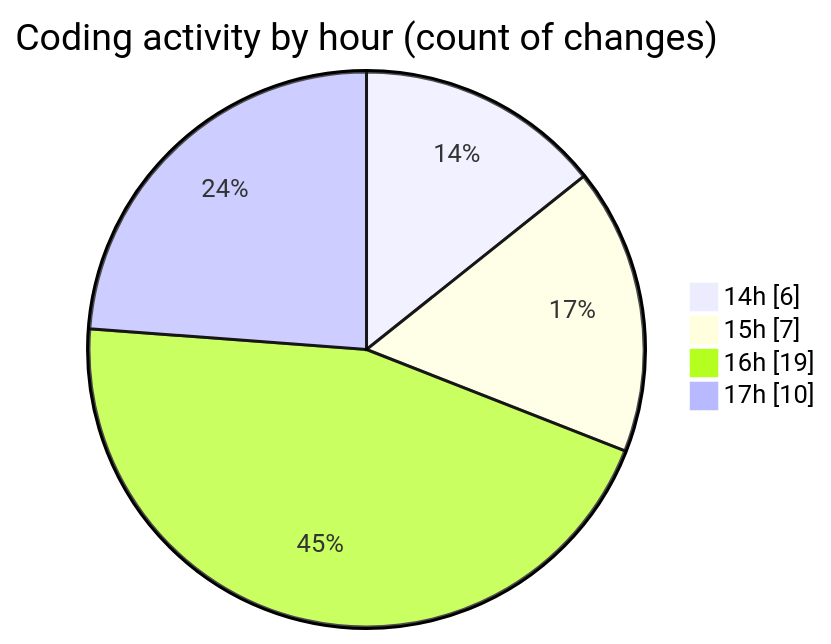
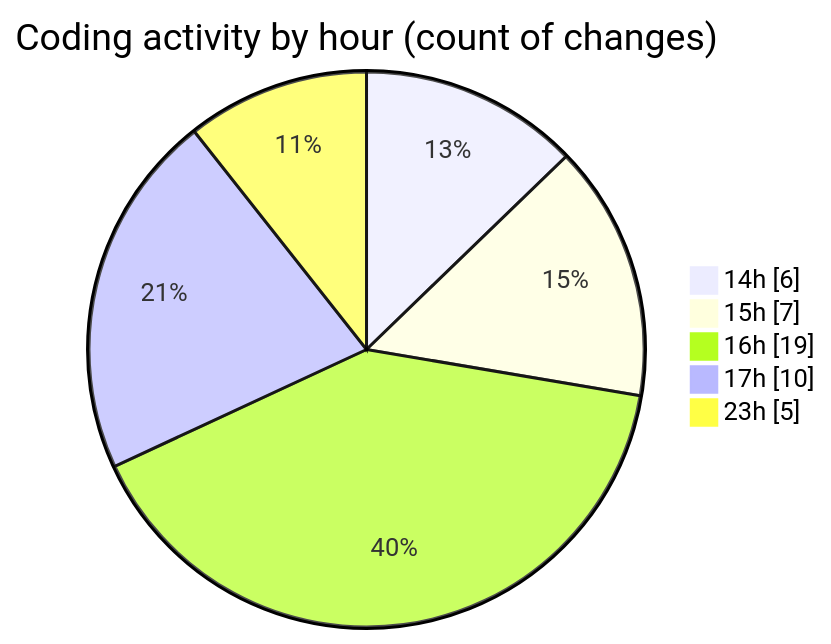
Before and after one commit to igalym/code-tracking: the second of 2 diagrams in 2026-03-30/cinema/README.md, drawn with Mermaid. The commit also changed other lines of this file and 1 other file, not shown here.

````diff
--- a/2026-03-30/cinema/README.md
+++ b/2026-03-30/cinema/README.md
@@ -40,8 +41,9 @@
 ```mermaid
 pie showData
 title Coding activity by hour (count of changes)
 "14h" : 6
 "15h" : 7
 "16h" : 19
 "17h" : 10
+"23h" : 5
 ```
````
